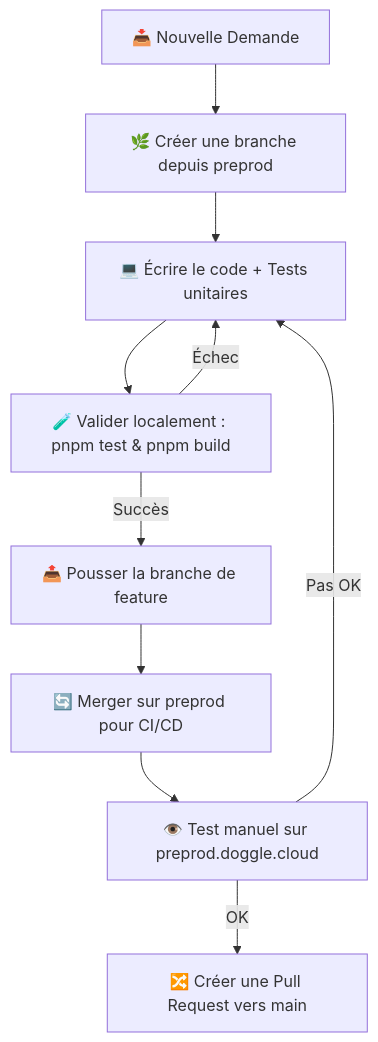
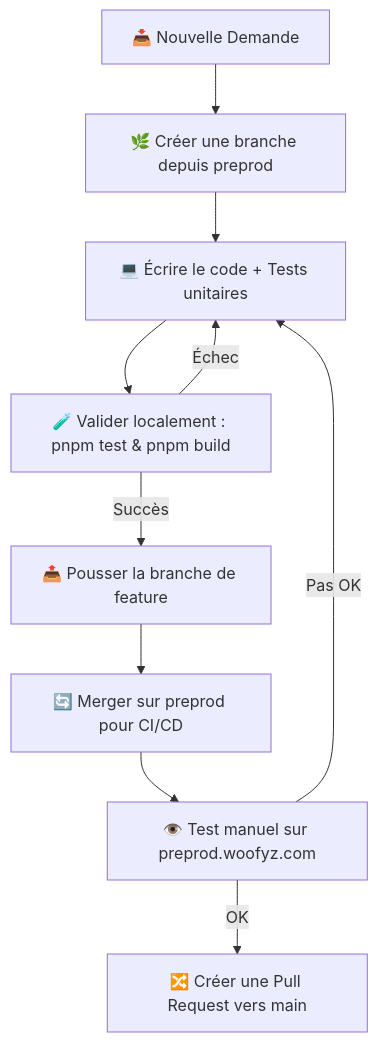
Before and after one commit to Misterhit0/doggle: the diagram in AI_INSTRUCTIONS.md, drawn with Mermaid. The commit also changed other lines of this file and 3 other files, not shown here.

````diff
--- a/AI_INSTRUCTIONS.md
+++ b/AI_INSTRUCTIONS.md
@@ -9,12 +9,12 @@
 ```mermaid
 graph TD
     Start[📥 Nouvelle Demande] --> Branch[🌿 Créer une branche depuis preprod]
     Branch --> Code[💻 Écrire le code + Tests unitaires]
     Code --> TestLocal[🧪 Valider localement : pnpm test & pnpm build]
     TestLocal -->|Échec| Code
     TestLocal -->|Succès| PushBranch[📤 Pousser la branche de feature]
     PushBranch --> MergePreprod[🔄 Merger sur preprod pour CI/CD]
-    MergePreprod --> TestManual[👁️ Test manuel sur preprod.doggle.cloud]
+    MergePreprod --> TestManual[👁️ Test manuel sur preprod.woofyz.com]
     TestManual -->|Pas OK| Code
     TestManual -->|OK| PRMain[🔀 Créer une Pull Request vers main]
 ```
````
